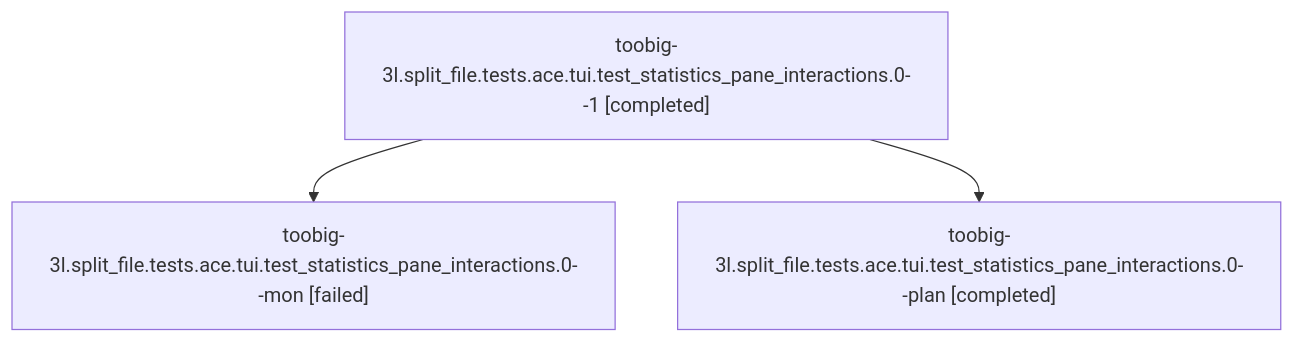
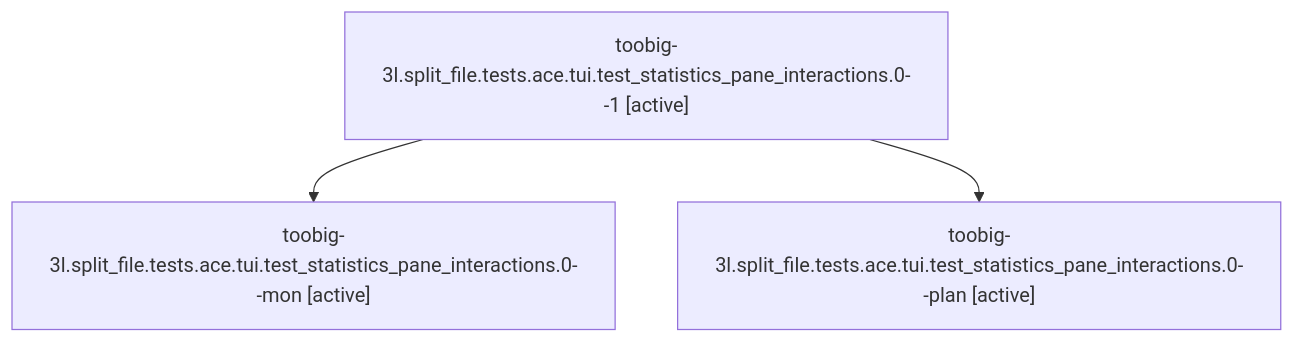
Before and after one commit to sase-org/sase--agents: the diagram in families/bbugyi200.athena.toobig-3l.split_file.tests.ace.tui.test_statistics_pane_interactions.0.md, drawn with Mermaid. The commit also changed other lines of this file and 35830 other files, not shown here.

````diff
--- a/families/bbugyi200.athena.toobig-3l.split_file.tests.ace.tui.test_statistics_pane_interactions.0.md
+++ b/families/bbugyi200.athena.toobig-3l.split_file.tests.ace.tui.test_statistics_pane_interactions.0.md
@@ -9,8 +9,8 @@
 ```mermaid
 flowchart TD
-  n0["toobig-3l.split_file.tests.ace.tui.test_statistics_pane_interactions.0--1 [completed]"]
-  n1["toobig-3l.split_file.tests.ace.tui.test_statistics_pane_interactions.0--mon [failed]"]
+  n0["toobig-3l.split_file.tests.ace.tui.test_statistics_pane_interactions.0--1 [active]"]
+  n1["toobig-3l.split_file.tests.ace.tui.test_statistics_pane_interactions.0--mon [active]"]
   n0 --> n1
-  n2["toobig-3l.split_file.tests.ace.tui.test_statistics_pane_interactions.0--plan [completed]"]
+  n2["toobig-3l.split_file.tests.ace.tui.test_statistics_pane_interactions.0--plan [active]"]
   n0 --> n2
 ```
````
